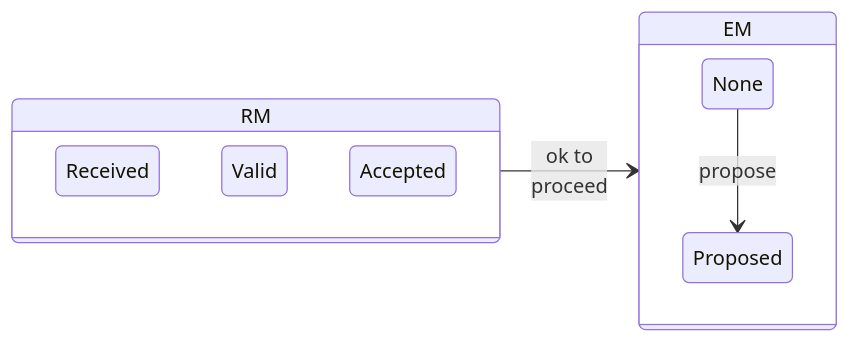
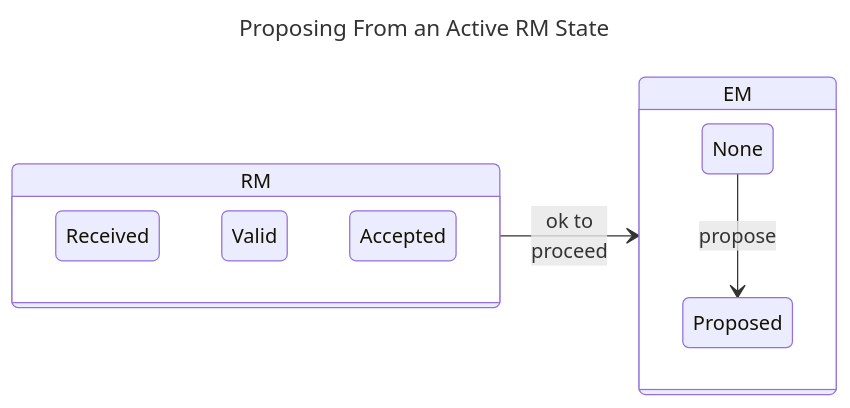
One commit to CERTCC/Vultron changed the second of 11 diagrams in docs/topics/process_models/model_interactions/rm_em.md. Above: the diagram before and after it, drawn with Mermaid. The commit also changed other lines of this file and 44 other files, not shown here.

````diff
--- a/docs/topics/process_models/model_interactions/rm_em.md
+++ b/docs/topics/process_models/model_interactions/rm_em.md
@@ -88,13 +85,16 @@
 ```mermaid
+---
+title: Proposing From an Active RM State
+---
 stateDiagram-v2
     direction LR
     state RM {
         Received
         Valid
         Accepted
     }
     state EM {
         None --> Proposed : propose
     }
     RM --> EM : ok to<br/>proceed
 ```
````
